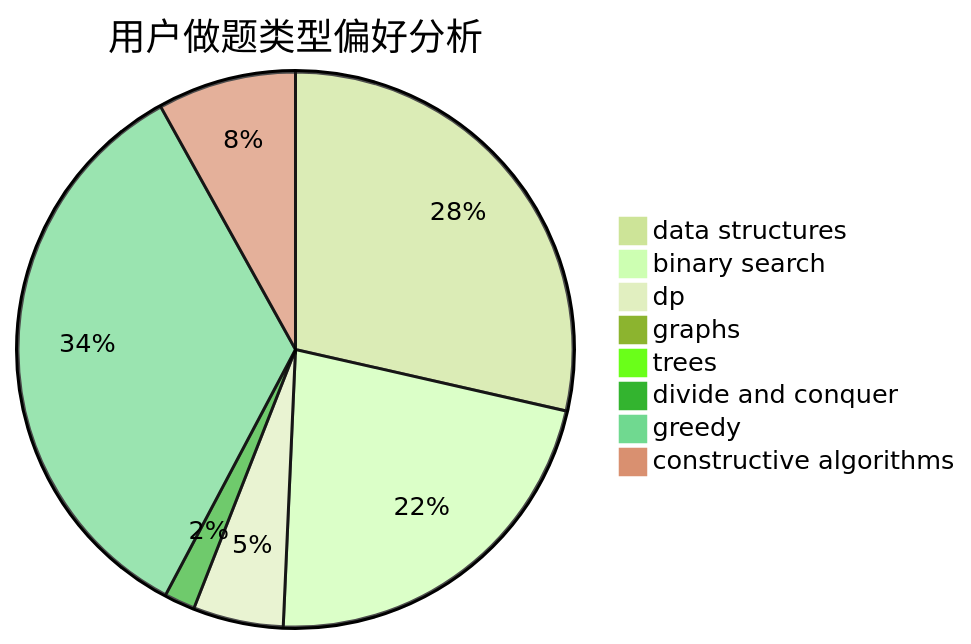
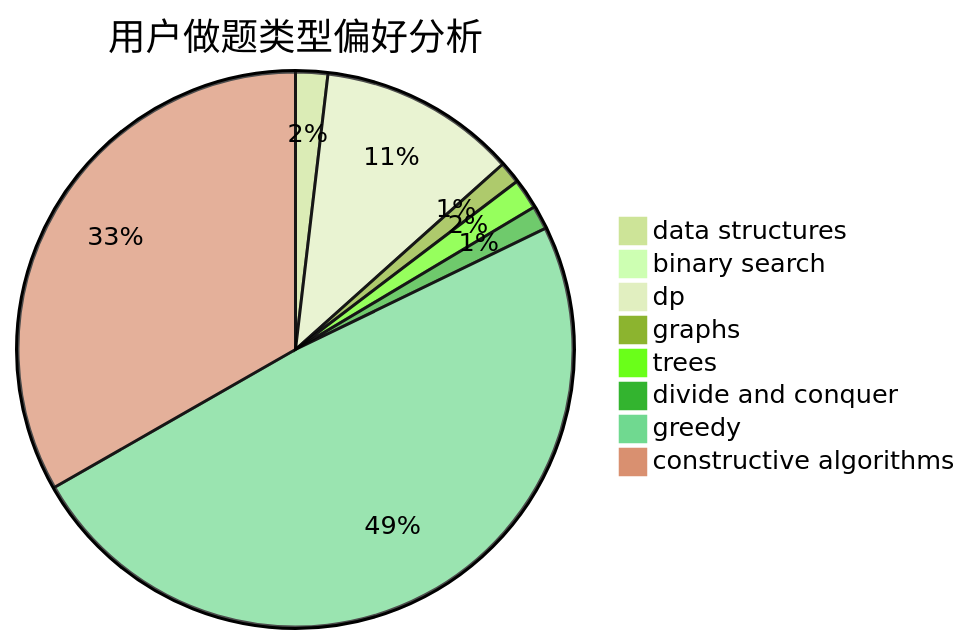
The second of 3 diagrams in docs/user/u2239.md (sherpahu/cfrs.github.io), drawn with Mermaid (forest theme) before and after one commit. The commit also changed other lines of this file and 2770 other files, not shown here.

````diff
--- a/docs/user/u2239.md
+++ b/docs/user/u2239.md
@@ -23,11 +23,11 @@
 ```mermaid
 pie title 用户做题类型偏好分析
-    "data structures" :  223
-    "binary search" :  173
-    "dp" :  41
-    "graphs" :  3
-    "trees" :  3
+    "data structures" :  19
+    "binary search" :  2
+    "dp" :  117
+    "graphs" :  13
+    "trees" :  18
     "divide and conquer" :  14
-    "greedy" :  267
-    "constructive algorithms" :  63
+    "greedy" :  497
+    "constructive algorithms" :  338
 ```
````
